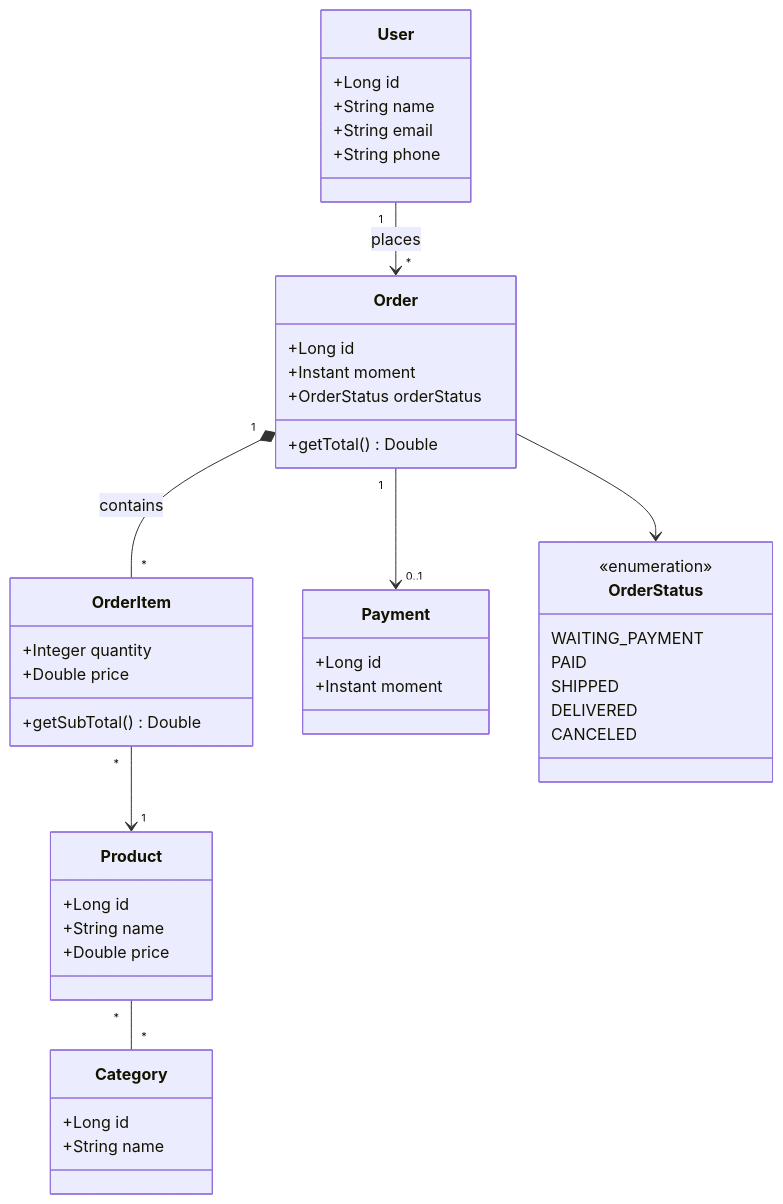
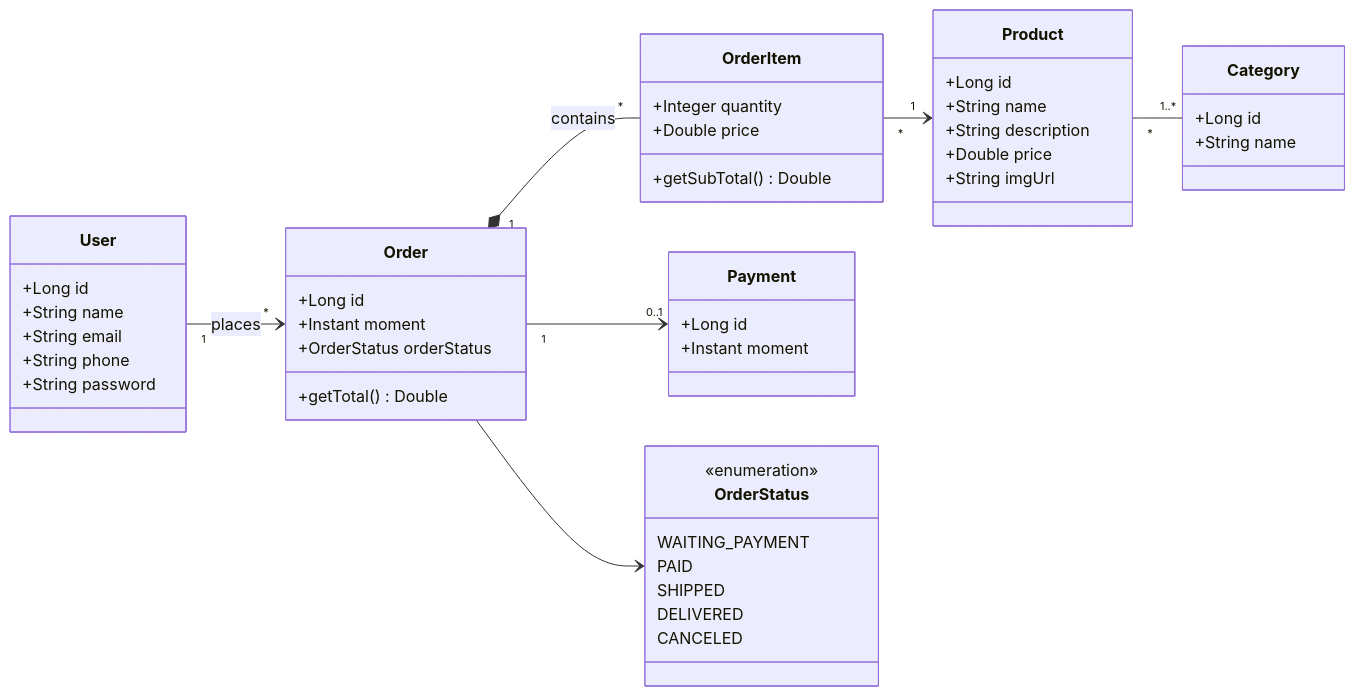
Before and after one commit to nathan00pdl/spring-boot-sales-order-api: the first of 2 diagrams in README.md, drawn with Mermaid.

Commit message:
docs: lay the class diagram out horizontally and complete the attributes

````diff
--- a/README.md
+++ b/README.md
@@ -21,48 +21,52 @@
 ```mermaid
 classDiagram
+    direction LR
     class User {
         +Long id
         +String name
         +String email
         +String phone
+        +String password
     }
     class Order {
         +Long id
         +Instant moment
         +OrderStatus orderStatus
         +getTotal() Double
     }
     class OrderItem {
         +Integer quantity
         +Double price
         +getSubTotal() Double
     }
     class Product {
         +Long id
         +String name
+        +String description
         +Double price
+        +String imgUrl
     }
     class Category {
         +Long id
         +String name
     }
     class Payment {
         +Long id
         +Instant moment
     }
     class OrderStatus {
         <<enumeration>>
         WAITING_PAYMENT
         PAID
         SHIPPED
         DELIVERED
         CANCELED
     }
 
     User "1" --> "*" Order : places
     Order "1" *-- "*" OrderItem : contains
     OrderItem "*" --> "1" Product
-    Product "*" -- "*" Category
+    Product "*" -- "1..*" Category
     Order "1" --> "0..1" Payment
     Order --> OrderStatus
 ```
````
